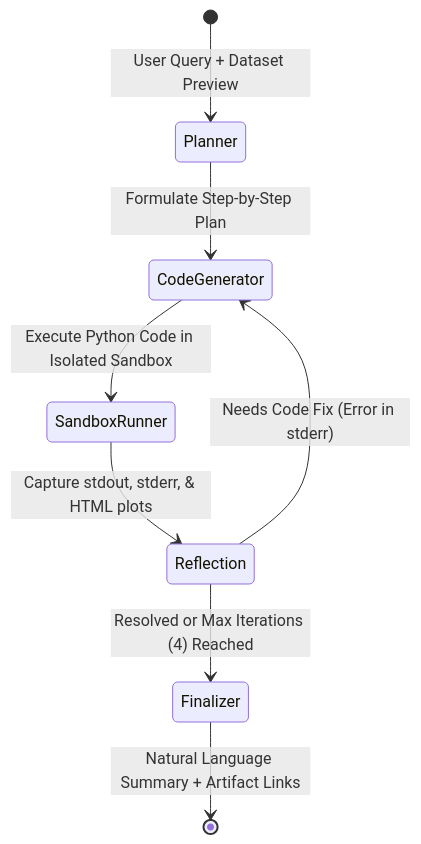
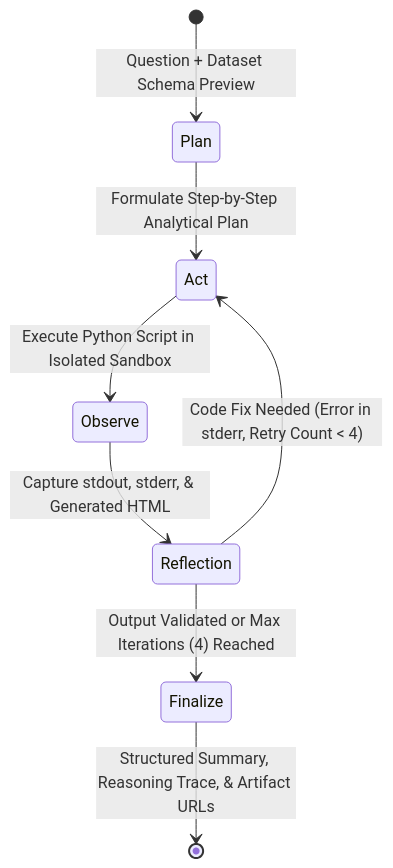
One commit to armando-mio/ReAct-Data-Analysis-Service changed the diagram in README.md. Above: the diagram before and after it, drawn with Mermaid. The commit also changed other lines of this file and 1 other file, not shown here.

````diff
--- a/README.md
+++ b/README.md
@@ -68,10 +82,10 @@
 ```mermaid
 stateDiagram-v2
-    [*] --> Planner: User Query + Dataset Preview
-    Planner --> CodeGenerator: Formulate Step-by-Step Plan
-    CodeGenerator --> SandboxRunner: Execute Python Code in Isolated Sandbox
-    SandboxRunner --> Reflection: Capture stdout, stderr, & HTML plots
-    Reflection --> CodeGenerator: Needs Code Fix (Error in stderr)
-    Reflection --> Finalizer: Resolved or Max Iterations (4) Reached
-    Finalizer --> [*]: Natural Language Summary + Artifact Links
+    [*] --> Plan: Question + Dataset Schema Preview
+    Plan --> Act: Formulate Step-by-Step Analytical Plan
+    Act --> Observe: Execute Python Script in Isolated Sandbox
+    Observe --> Reflection: Capture stdout, stderr, & Generated HTML
+    Reflection --> Act: Code Fix Needed (Error in stderr, Retry Count < 4)
+    Reflection --> Finalize: Output Validated or Max Iterations (4) Reached
+    Finalize --> [*]: Structured Summary, Reasoning Trace, & Artifact URLs
 ```
````
